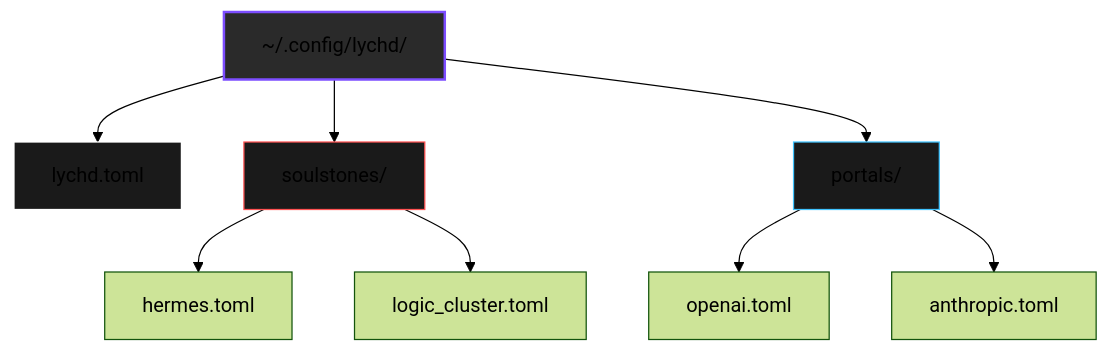
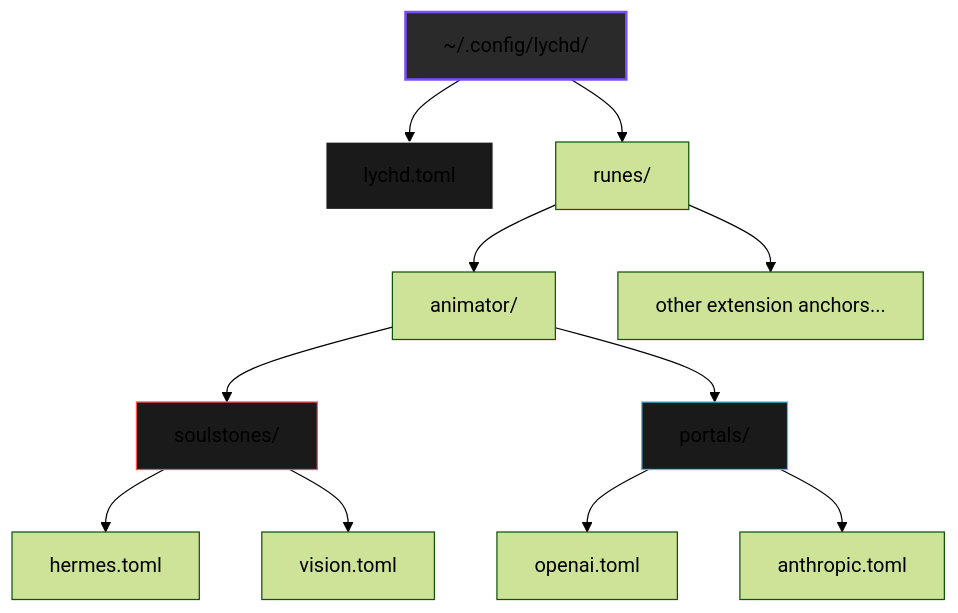
One commit to hexanomicon/lychd changed the diagram in docs/sepulcher/codex.md. Above: the diagram before and after it, drawn with Mermaid (forest theme). The commit also changed other lines of this file and 207 other files, not shown here.

First line of the commit message:
docs: comprehensive architectural rework and AlwaysForward integration

````diff
--- a/docs/sepulcher/codex.md
+++ b/docs/sepulcher/codex.md
@@ -18,22 +23,28 @@
 ```mermaid
 graph TD
     Codex[~/.config/lychd/]
     Prime[lychd.toml]
+    RuneDir[runes/]
+    AnimatorDir[animator/]
     SoulDir[soulstones/]
     PortalDir[portals/]
+    XDir[other extension anchors...]
 
     Codex --> Prime
-    Codex --> SoulDir
-    Codex --> PortalDir
+    Codex --> RuneDir
+    RuneDir --> AnimatorDir
+    RuneDir --> XDir
+    AnimatorDir --> SoulDir
+    AnimatorDir --> PortalDir
 
     SoulDir --> S1[hermes.toml]
-    SoulDir --> S2[logic_cluster.toml]
+    SoulDir --> S2[vision.toml]
 
     PortalDir --> P1[openai.toml]
     PortalDir --> P2[anthropic.toml]
 
     style Codex fill:#2a2a2a,stroke:#7c4dff,stroke-width:2px
     style Prime fill:#1a1a1a,stroke:#fff
     style SoulDir fill:#1a1a1a,stroke:#ff5252
     style PortalDir fill:#1a1a1a,stroke:#40c4ff
 ```
````
